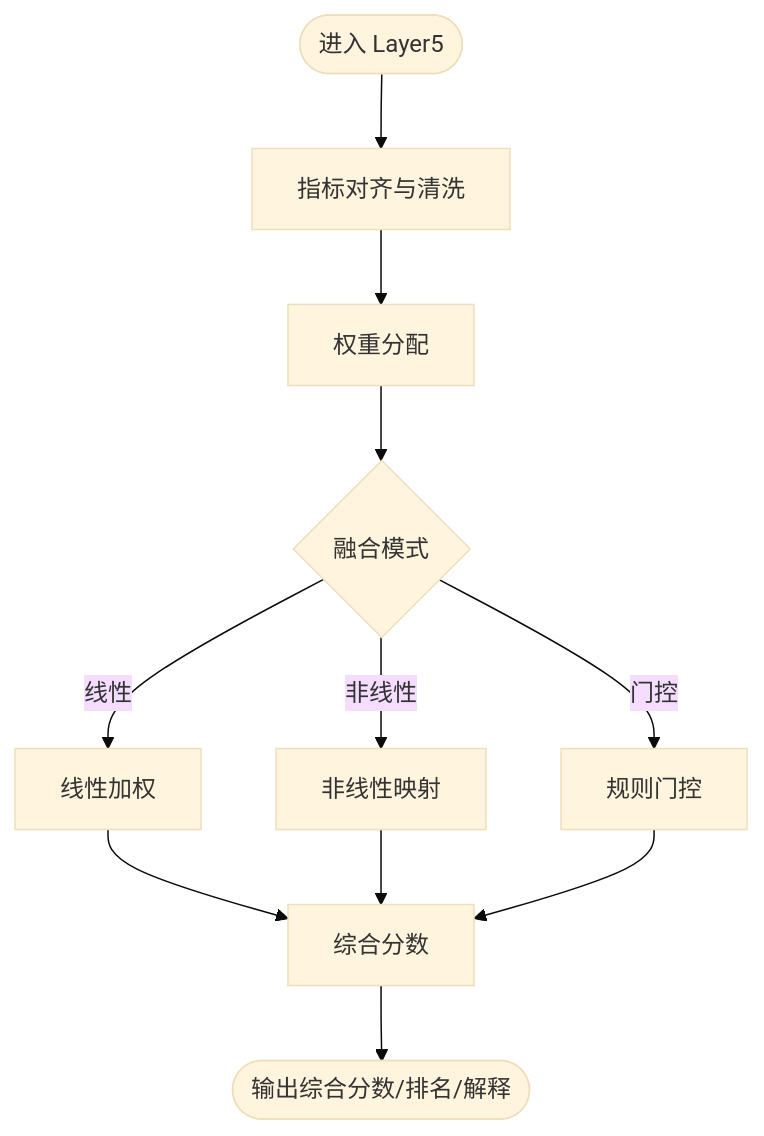
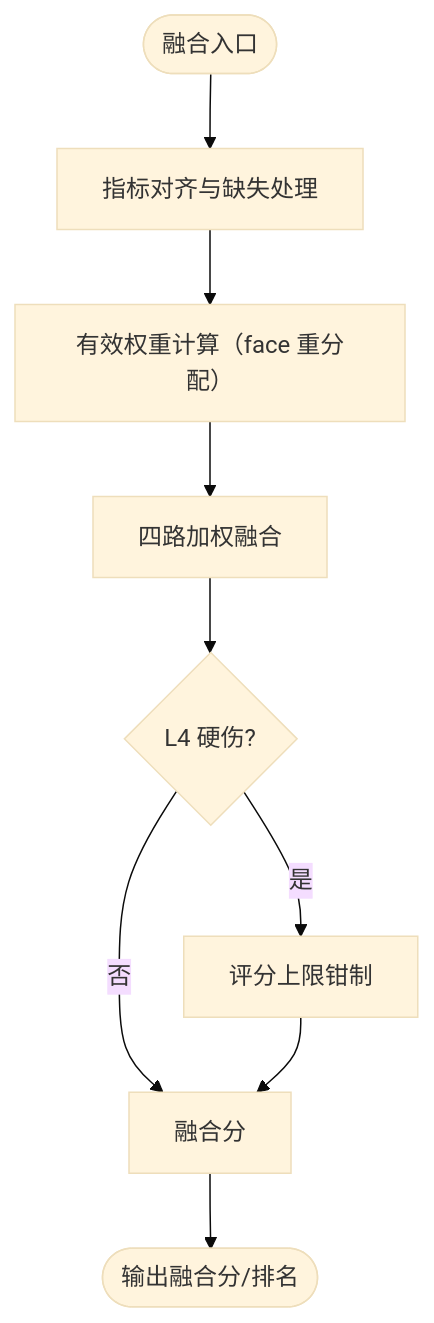
Before and after one commit to Frankynwa/photo-rank: the seventh of 9 diagrams in wiki/评估层级系统/评估层级系统.md, drawn with Mermaid (base theme). The commit also changed other lines of this file and 7 other files, not shown here.

````diff
--- a/wiki/评估层级系统/评估层级系统.md
+++ b/wiki/评估层级系统/评估层级系统.md
@@ -315,13 +299,11 @@
 ```mermaid
 flowchart TD
-A5Start(["进入 Layer5"]) --> Align["指标对齐与清洗"]
-Align --> Weights["权重分配"]
-Weights --> Fuse{"融合模式"}
-Fuse --> |线性| Linear["线性加权"]
-Fuse --> |非线性| NonLin["非线性映射"]
-Fuse --> |门控| Gate["规则门控"]
-Linear --> Score["综合分数"]
-NonLin --> Score
-Gate --> Score
-Score --> A5Out(["输出综合分数/排名/解释"])
+A5Start(["融合入口"]) --> Align["指标对齐与缺失处理"]
+Align --> Weights["有效权重计算（face 重分配）"]
+Weights --> Fuse["四路加权融合"]
+Fuse --> Clamp{"L4 硬伤?"}
+Clamp --> |是| Limit["评分上限钳制"]
+Clamp --> |否| Score["融合分"]
+Limit --> Score
+Score --> A5Out(["输出融合分/排名"])
 ```
````
